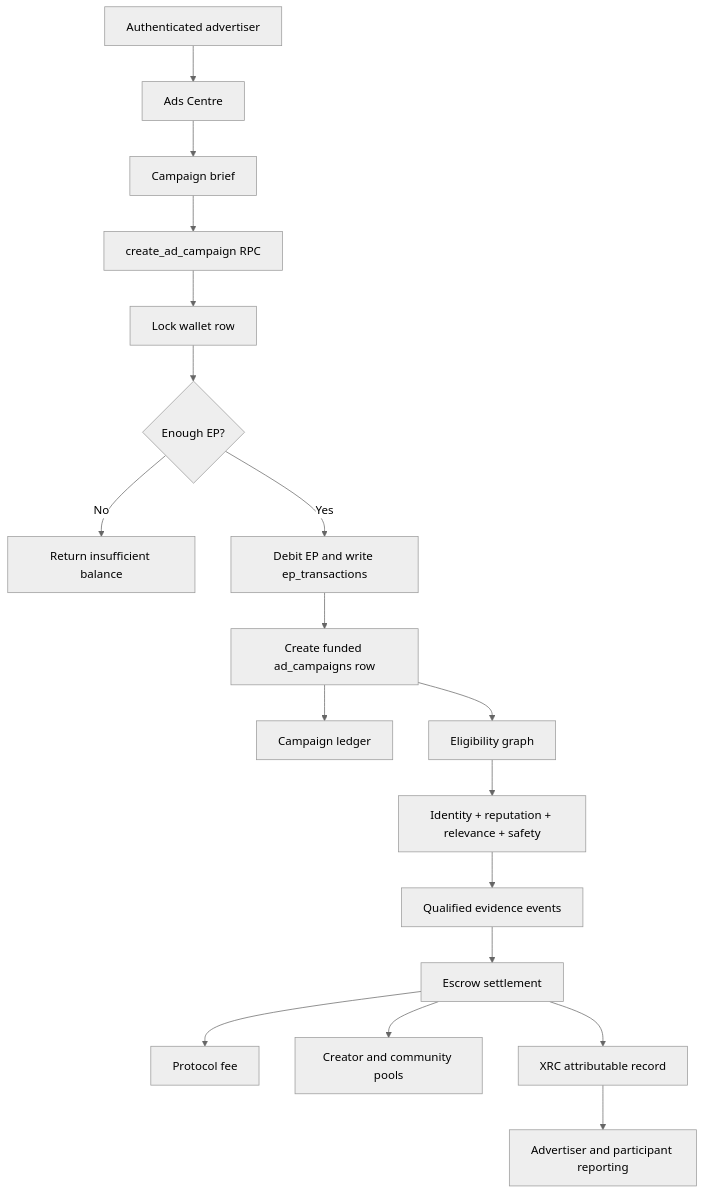
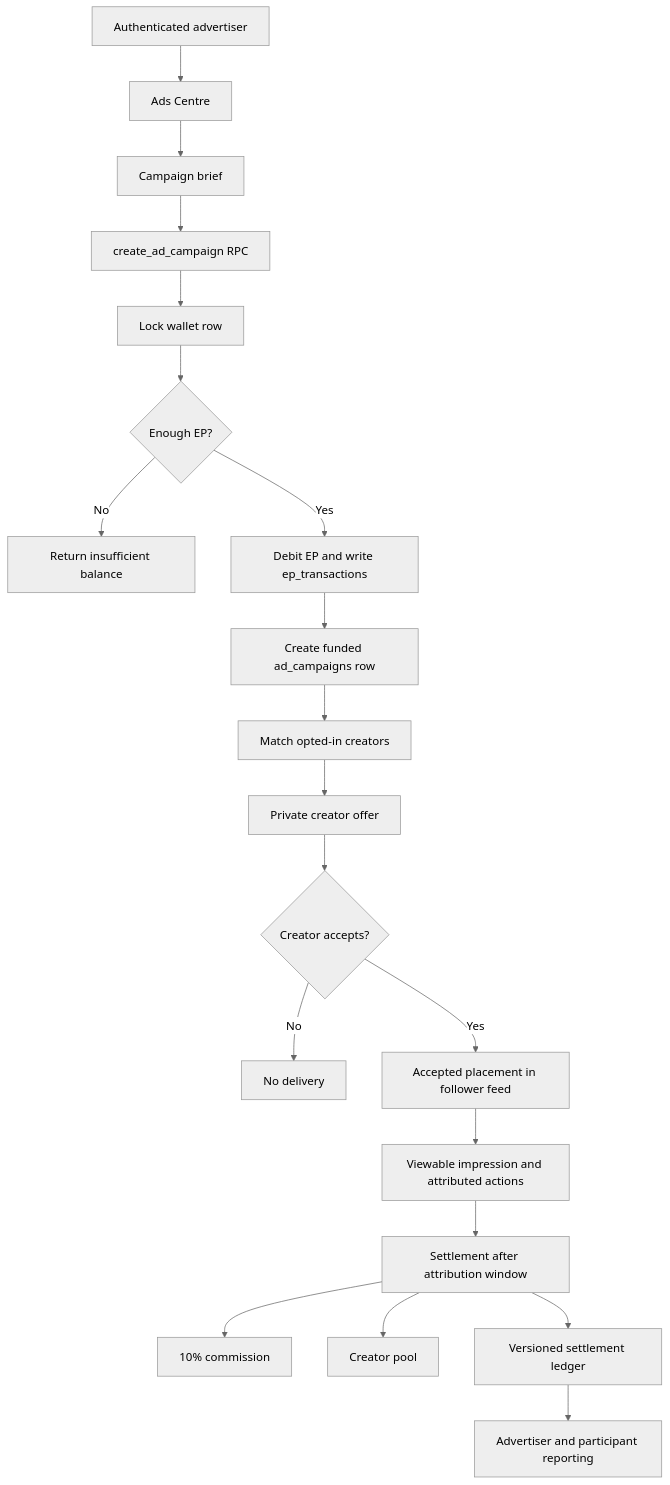
The diagram in docs/AD_ENGINE_FOUNDATION.md (Sproutsking/GrovaApp), drawn with Mermaid (neutral theme) before and after one commit. The commit also changed other lines of this file and 23 other files, not shown here.

First line of the commit message:
Add creator-controlled ad marketplace and PWA install reporting

````diff
--- a/docs/AD_ENGINE_FOUNDATION.md
+++ b/docs/AD_ENGINE_FOUNDATION.md
@@ -76,20 +81,22 @@
 ```mermaid
 flowchart TD
 	U[Authenticated advertiser] --> C[Ads Centre]
 	C --> B[Campaign brief]
 	B --> R[create_ad_campaign RPC]
 	R --> W[Lock wallet row]
 	W --> V{Enough EP?}
 	V -- No --> E[Return insufficient balance]
 	V -- Yes --> D[Debit EP and write ep_transactions]
 	D --> F[Create funded ad_campaigns row]
-	F --> L[Campaign ledger]
-	F --> G[Eligibility graph]
-	G --> X[Identity + reputation + relevance + safety]
-	X --> Q[Qualified evidence events]
-	Q --> S[Escrow settlement]
-	S --> P[Protocol fee]
-	S --> K[Creator and community pools]
-	S --> O[XRC attributable record]
-	O --> T[Advertiser and participant reporting]
+	F --> M[Match opted-in creators]
+	M --> O[Private creator offer]
+	O --> A{Creator accepts?}
+	A -- No --> L[No delivery]
+	A -- Yes --> Q[Accepted placement in follower feed]
+	Q --> X[Viewable impression and attributed actions]
+	X --> S[Settlement after attribution window]
+	S --> P[10% commission]
+	S --> K[Creator pool]
+	S --> Z[Versioned settlement ledger]
+	Z --> T[Advertiser and participant reporting]
 ```
````
